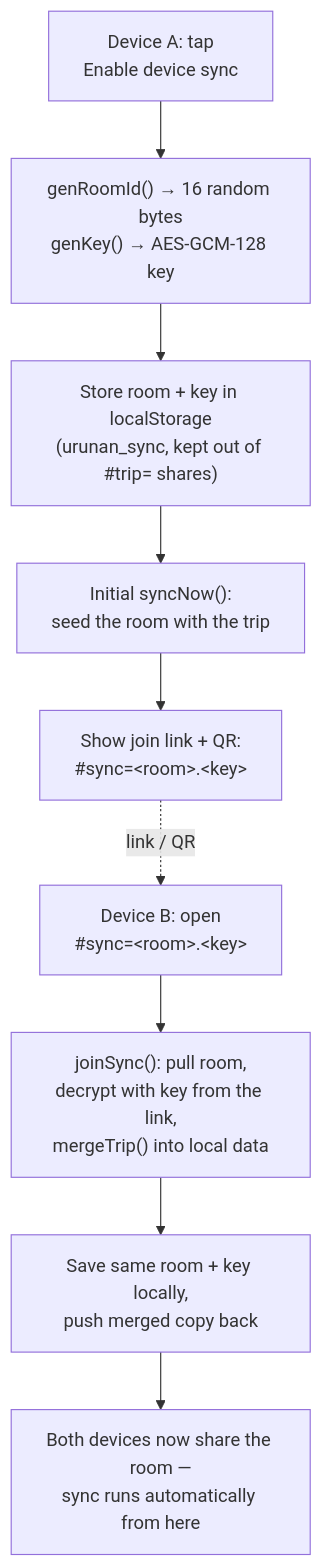
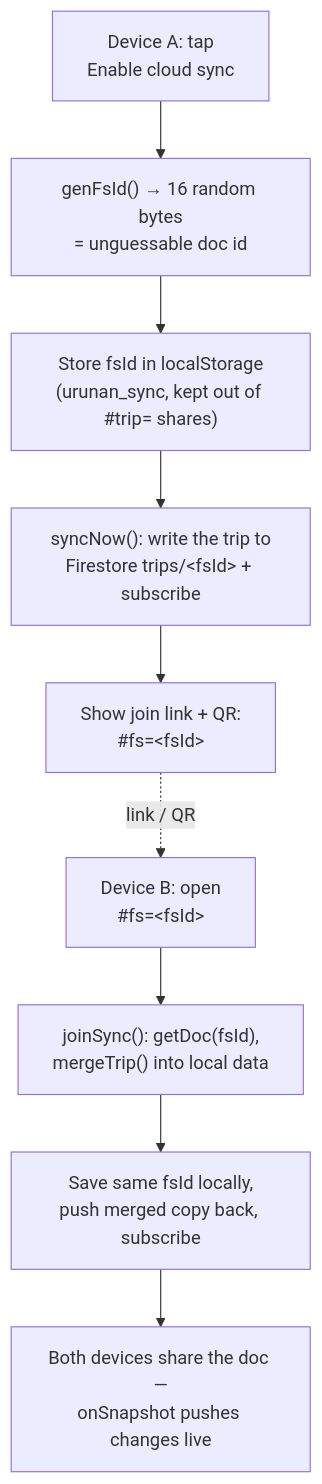
One commit to rezpaditya/Urunan changed the first of 2 diagrams in README.md. Above: the diagram before and after it, drawn with Mermaid. The commit also changed other lines of this file and 10 other files, not shown here.

Commit message:
Replace relay-based sync with Cloud Firestore (#71)

````diff
--- a/README.md
+++ b/README.md
@@ -78,11 +79,11 @@
 ```mermaid
 flowchart TD
-    A["Device A: tap<br/>Enable device sync"] --> B["genRoomId() → 16 random bytes<br/>genKey() → AES-GCM-128 key"]
-    B --> C["Store room + key in localStorage<br/>(urunan_sync, kept out of #trip= shares)"]
-    C --> D["Initial syncNow():<br/>seed the room with the trip"]
-    D --> E["Show join link + QR:<br/>#sync=&lt;room&gt;.&lt;key&gt;"]
-    E -. "link / QR" .-> F["Device B: open<br/>#sync=&lt;room&gt;.&lt;key&gt;"]
-    F --> G["joinSync(): pull room,<br/>decrypt with key from the link,<br/>mergeTrip() into local data"]
-    G --> H["Save same room + key locally,<br/>push merged copy back"]
-    H --> I["Both devices now share the room —<br/>sync runs automatically from here"]
+    A["Device A: tap<br/>Enable cloud sync"] --> B["genFsId() → 16 random bytes<br/>= unguessable doc id"]
+    B --> C["Store fsId in localStorage<br/>(urunan_sync, kept out of #trip= shares)"]
+    C --> D["syncNow(): write the trip to<br/>Firestore trips/&lt;fsId&gt; + subscribe"]
+    D --> E["Show join link + QR:<br/>#fs=&lt;fsId&gt;"]
+    E -. "link / QR" .-> F["Device B: open<br/>#fs=&lt;fsId&gt;"]
+    F --> G["joinSync(): getDoc(fsId),<br/>mergeTrip() into local data"]
+    G --> H["Save same fsId locally,<br/>push merged copy back, subscribe"]
+    H --> I["Both devices share the doc —<br/>onSnapshot pushes changes live"]
 ```
````
